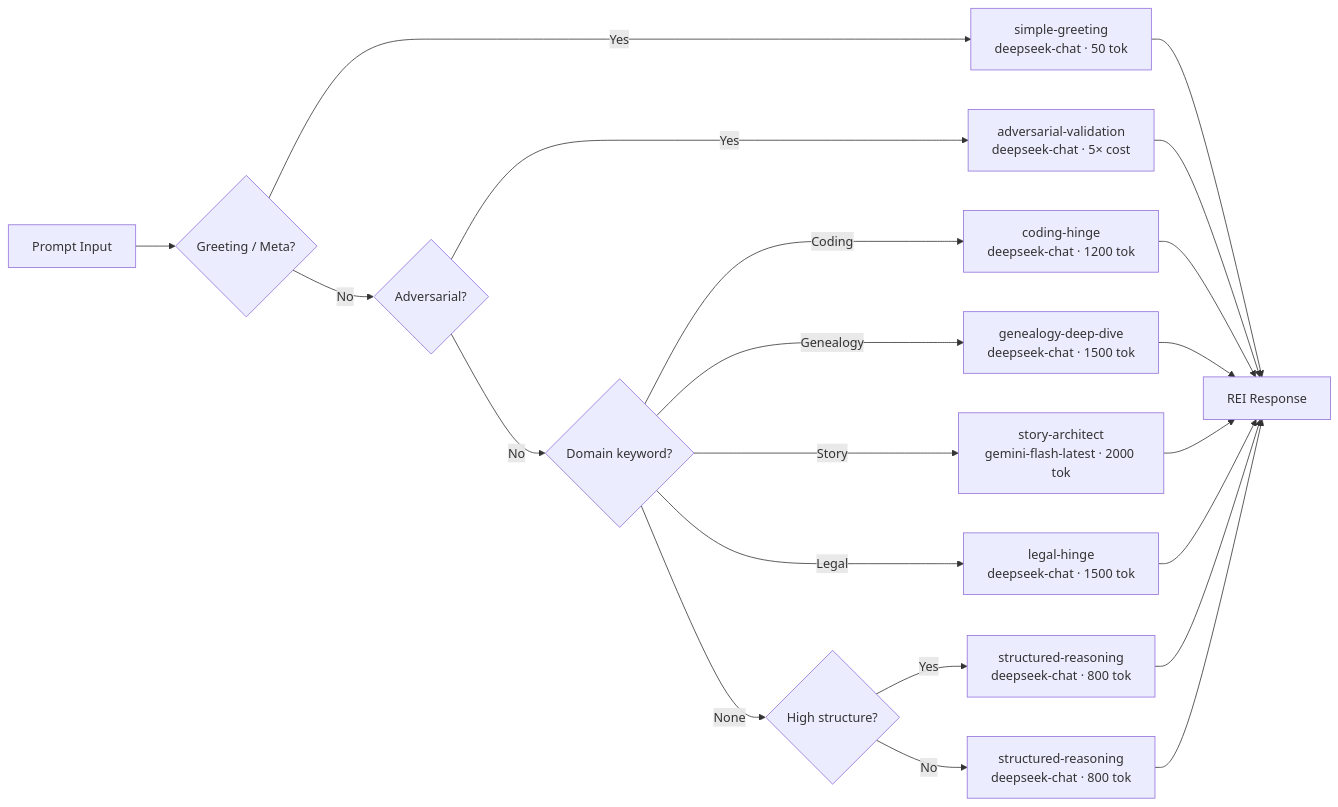
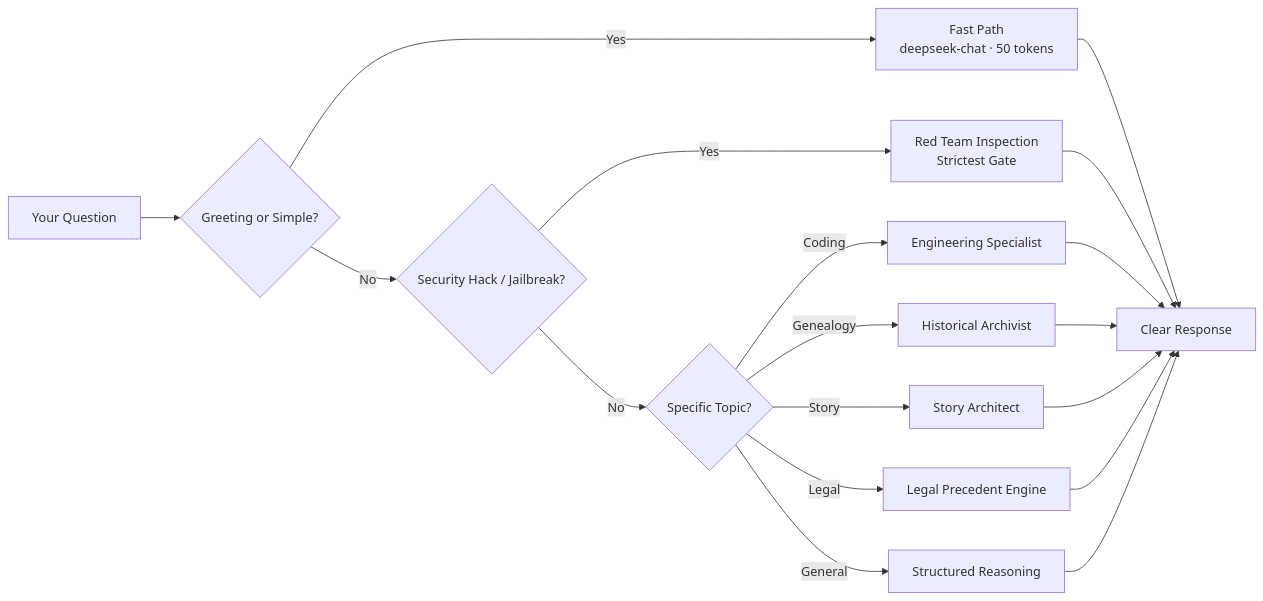
The diagram in README.md (aaronmarchant96-max/rei-ai), drawn with Mermaid before and after one commit. The commit also changed other lines of this file, not shown here.

````diff
--- a/README.md
+++ b/README.md
@@ -42,23 +45,20 @@
 ```mermaid
 flowchart LR
-    A[Prompt Input] --> B{Greeting / Meta?}
-    B -->|Yes| C[simple-greeting<br/>deepseek-chat · 50 tok]
-    B -->|No| D{Adversarial?}
-    D -->|Yes| E[adversarial-validation<br/>deepseek-chat · 5× cost]
-    D -->|No| F{Domain keyword?}
-    F -->|Coding| G[coding-hinge<br/>deepseek-chat · 1200 tok]
-    F -->|Genealogy| H[genealogy-deep-dive<br/>deepseek-chat · 1500 tok]
-    F -->|Story| I[story-architect<br/>gemini-flash-latest · 2000 tok]
-    F -->|Legal| J[legal-hinge<br/>deepseek-chat · 1500 tok]
-    F -->|None| K{High structure?}
-    K -->|Yes| L[structured-reasoning<br/>deepseek-chat · 800 tok]
-    K -->|No| M[structured-reasoning<br/>deepseek-chat · 800 tok]
-    C --> N[REI Response]
+    A[Your Question] --> B{Greeting or Simple?}
+    B -->|Yes| C[Fast Path<br/>deepseek-chat · 50 tokens]
+    B -->|No| D{Security Hack / Jailbreak?}
+    D -->|Yes| E[Red Team Inspection<br/>Strictest Gate]
+    D -->|No| F{Specific Topic?}
+    F -->|Coding| G[Engineering Specialist]
+    F -->|Genealogy| H[Historical Archivist]
+    F -->|Story| I[Story Architect]
+    F -->|Legal| J[Legal Precedent Engine]
+    F -->|General| K[Structured Reasoning]
+    C --> N[Clear Response]
     E --> N
     G --> N
     H --> N
     I --> N
     J --> N
-    L --> N
-    M --> N
+    K --> N
 ```
````
